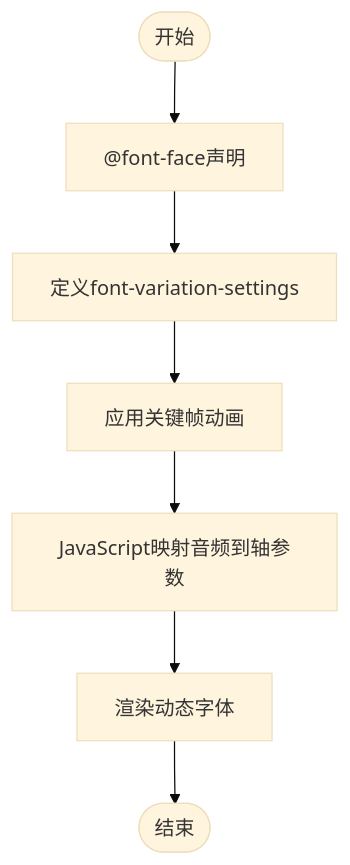
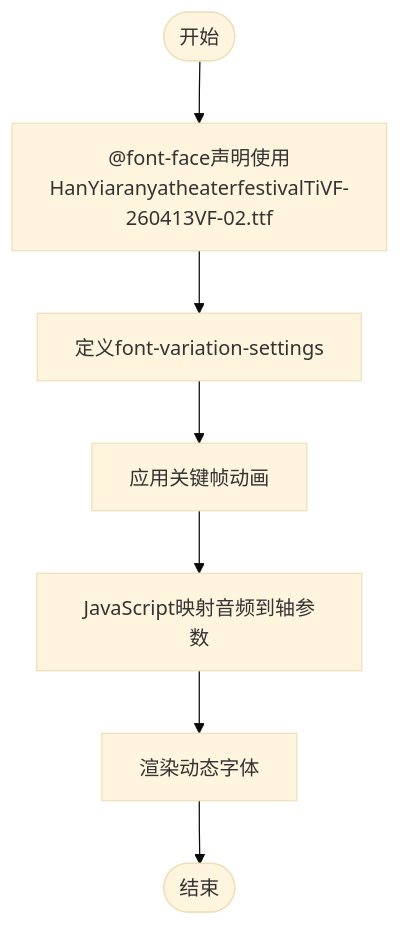
The third of 5 diagrams in .qoder/repowiki/zh/content/样式系统设计/字体加载机制.md (db300/MySymphosizer), drawn with Mermaid (base theme) before and after one commit. The commit also changed other lines of this file and 5 other files, not shown here.

````diff
--- a/.qoder/repowiki/zh/content/样式系统设计/字体加载机制.md
+++ b/.qoder/repowiki/zh/content/样式系统设计/字体加载机制.md
@@ -105,9 +111,9 @@
 ```mermaid
 flowchart TD
-Start(["开始"]) --> LoadFace["@font-face声明"]
+Start(["开始"]) --> LoadFace["@font-face声明使用HanYiaranyatheaterfestivalTiVF-260413VF-02.ttf"]
 LoadFace --> DefineVars["定义font-variation-settings"]
 DefineVars --> ApplyKeyframes["应用关键帧动画"]
 ApplyKeyframes --> JSMapping["JavaScript映射音频到轴参数"]
 JSMapping --> Render["渲染动态字体"]
 Render --> End(["结束"])
 ```
````
